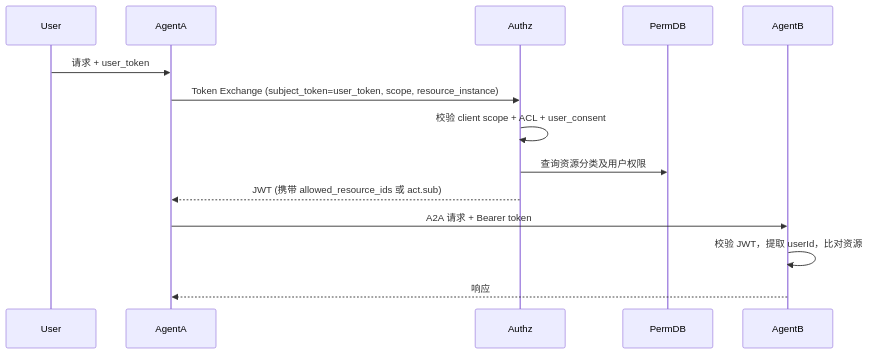
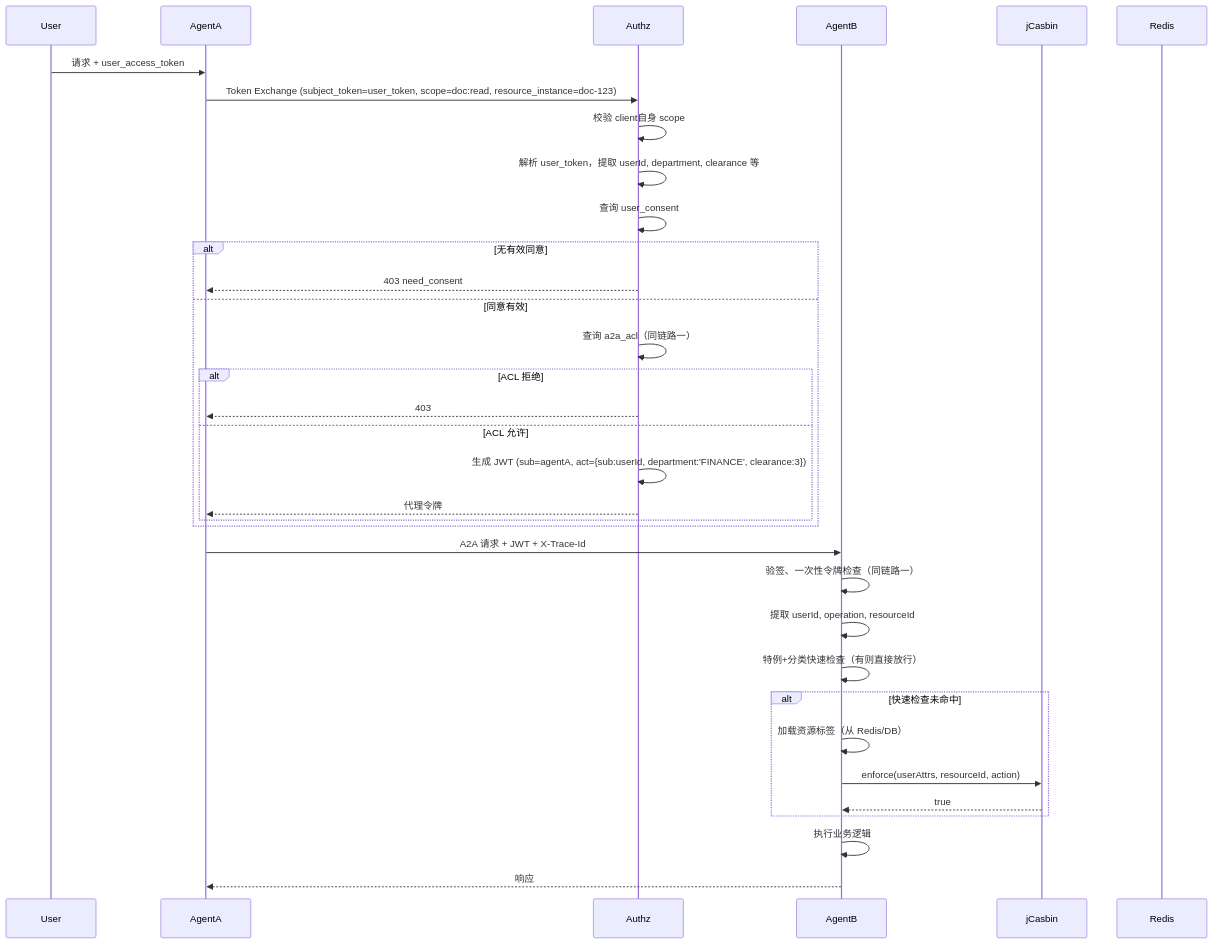
One commit to latcn/developer-knowledge changed the second of 4 diagrams in security/A2A 权限系统架构设计文档.md. Above: the diagram before and after it, drawn with Mermaid. The commit also changed other lines of this file, not shown here.

````diff
--- a/security/A2A 权限系统架构设计文档.md
+++ b/security/A2A 权限系统架构设计文档.md
@@ -1211,17 +899,37 @@
 ```mermaid
 sequenceDiagram
     participant User
     participant AgentA
     participant Authz
-    participant PermDB
     participant AgentB
+    participant jCasbin
+    participant Redis
 
-    User->>AgentA: 请求 + user_token
-    AgentA->>Authz: Token Exchange (subject_token=user_token, scope, resource_instance)
-    Authz->>Authz: 校验 client scope + ACL + user_consent
-    Authz->>PermDB: 查询资源分类及用户权限
-    Authz-->>AgentA: JWT (携带 allowed_resource_ids 或 act.sub)
-    AgentA->>AgentB: A2A 请求 + Bearer token
-    AgentB->>AgentB: 校验 JWT，提取 userId，比对资源
+    User->>AgentA: 请求 + user_access_token
+    AgentA->>Authz: Token Exchange (subject_token=user_token, scope=doc:read, resource_instance=doc-123)
+    Authz->>Authz: 校验 client自身 scope
+    Authz->>Authz: 解析 user_token，提取 userId, department, clearance 等
+    Authz->>Authz: 查询 user_consent
+    alt 无有效同意
+        Authz-->>AgentA: 403 need_consent
+    else 同意有效
+        Authz->>Authz: 查询 a2a_acl（同链路一）
+        alt ACL 拒绝
+            Authz-->>AgentA: 403
+        else ACL 允许
+            Authz->>Authz: 生成 JWT (sub=agentA, act={sub:userId, department:'FINANCE', clearance:3})
+            Authz-->>AgentA: 代理令牌
+        end
+    end
+    AgentA->>AgentB: A2A 请求 + JWT + X-Trace-Id
+    AgentB->>AgentB: 验签、一次性令牌检查（同链路一）
+    AgentB->>AgentB: 提取 userId, operation, resourceId
+    AgentB->>AgentB: 特例+分类快速检查（有则直接放行）
+    alt 快速检查未命中
+        AgentB->>AgentB: 加载资源标签（从 Redis/DB）
+        AgentB->>jCasbin: enforce(userAttrs, resourceId, action)
+        jCasbin-->>AgentB: true
+    end
+    AgentB->>AgentB: 执行业务逻辑
     AgentB-->>AgentA: 响应
 ```
````
